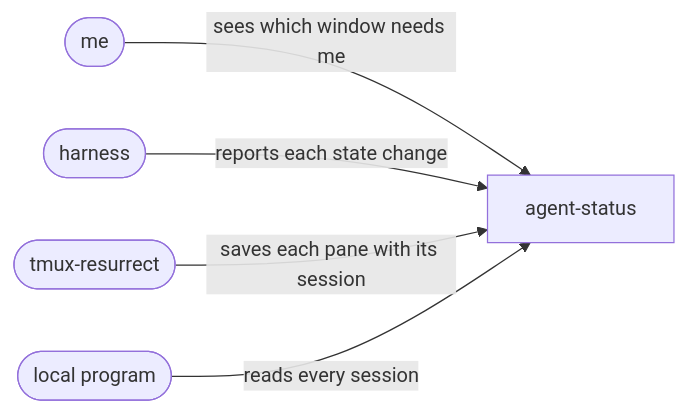
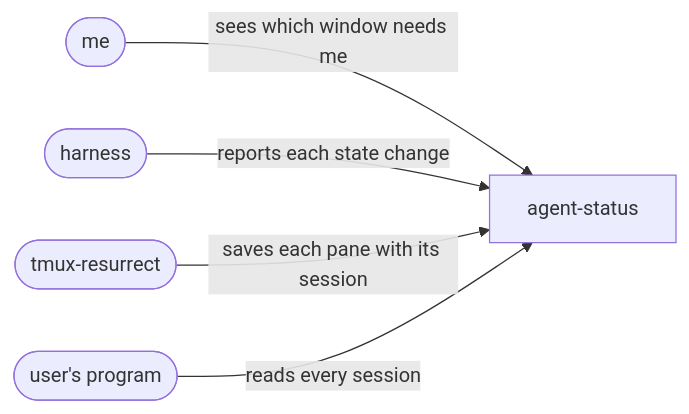
The diagram in docs/systems/agent-status/agent-status-intent.md (jvrsantacruz/agent-status), drawn with Mermaid before and after one commit. The commit also changed other lines of this file and 1 other file, not shown here.

````diff
--- a/docs/systems/agent-status/agent-status-intent.md
+++ b/docs/systems/agent-status/agent-status-intent.md
@@ -18,7 +18,7 @@
 ```mermaid
 flowchart LR
   me([me]) -- sees which window needs me --> sys[agent-status]
   agent([harness]) -- reports each state change --> sys
   resurrect([tmux-resurrect]) -- saves each pane with its session --> sys
-  reader([local program]) -- reads every session --> sys
+  reader([user's program]) -- reads every session --> sys
 ```
````
